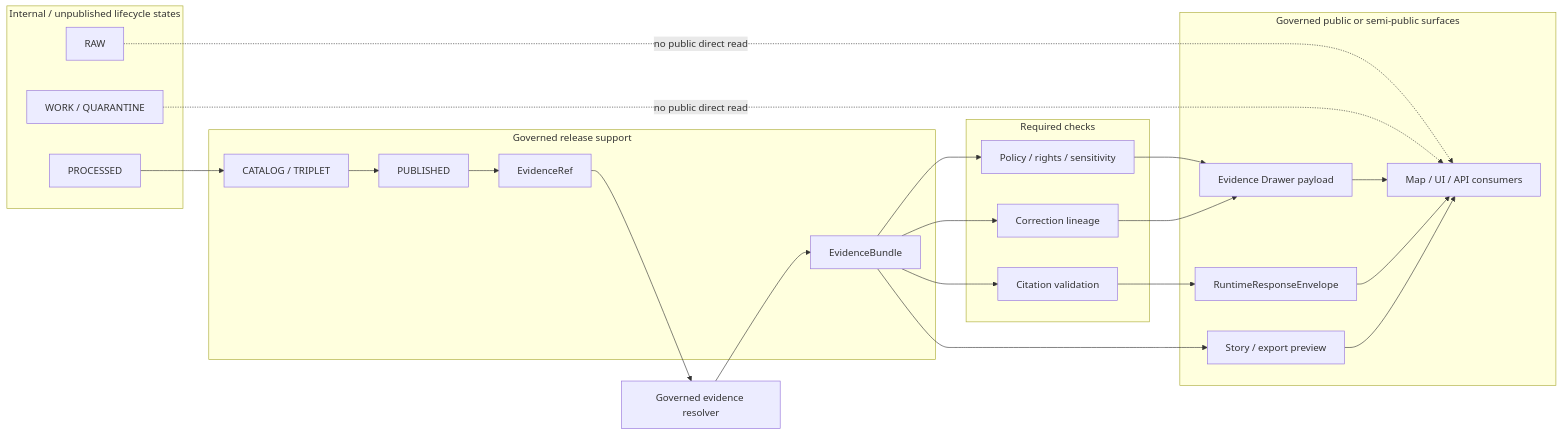
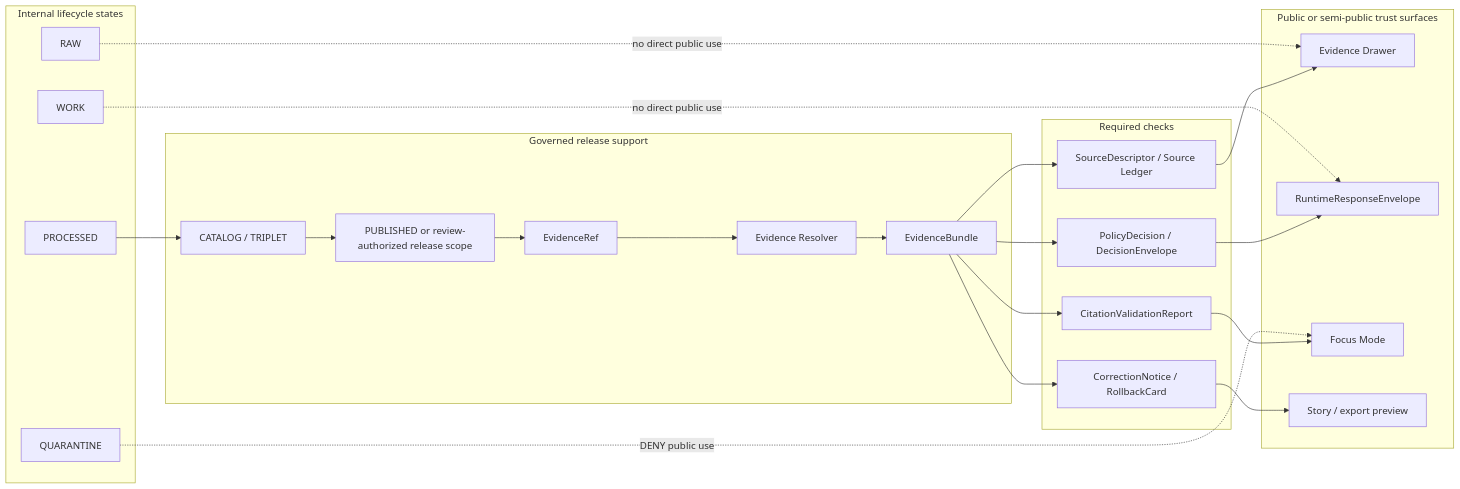
The diagram in docs/adr/ADR-0204-evidencebundle-contract.md (bartytime4life/Kansas-Frontier-Matrix), drawn with Mermaid before and after one commit. The commit also changed other lines of this file, not shown here.

````diff
--- a/docs/adr/ADR-0204-evidencebundle-contract.md
+++ b/docs/adr/ADR-0204-evidencebundle-contract.md
@@ -301,43 +365,46 @@
 ```mermaid
 flowchart LR
-  subgraph Internal["Internal / unpublished lifecycle states"]
+  subgraph Internal["Internal lifecycle states"]
     RAW["RAW"]
-    WORK["WORK / QUARANTINE"]
+    WORK["WORK"]
+    QUAR["QUARANTINE"]
     PROC["PROCESSED"]
   end
 
-  subgraph Published["Governed release support"]
+  subgraph Governed["Governed release support"]
     CAT["CATALOG / TRIPLET"]
-    PUB["PUBLISHED"]
-    ER["EvidenceRef"]
-    EB["EvidenceBundle"]
+    PUB["PUBLISHED or review-authorized release scope"]
+    REF["EvidenceRef"]
+    RES["Evidence Resolver"]
+    BUNDLE["EvidenceBundle"]
   end
 
   subgraph Checks["Required checks"]
-    POL["Policy / rights / sensitivity"]
-    CITE["Citation validation"]
-    CORR["Correction lineage"]
+    SRC["SourceDescriptor / Source Ledger"]
+    POL["PolicyDecision / DecisionEnvelope"]
+    CITE["CitationValidationReport"]
+    CORR["CorrectionNotice / RollbackCard"]
   end
 
-  subgraph Surfaces["Governed public or semi-public surfaces"]
-    ED["Evidence Drawer payload"]
-    RR["RuntimeResponseEnvelope"]
-    EX["Story / export preview"]
-    UI["Map / UI / API consumers"]
+  subgraph Surfaces["Public or semi-public trust surfaces"]
+    DRAWER["Evidence Drawer"]
+    RUNTIME["RuntimeResponseEnvelope"]
+    FOCUS["Focus Mode"]
+    EXPORT["Story / export preview"]
   end
 
-  RAW -. "no public direct read" .-> UI
-  WORK -. "no public direct read" .-> UI
-  PROC --> CAT --> PUB --> ER
-  ER --> RES["Governed evidence resolver"]
-  RES --> EB
-  EB --> POL
-  EB --> CITE
-  EB --> CORR
-  POL --> ED
-  CITE --> RR
-  CORR --> ED
-  ED --> UI
-  RR --> UI
-  EB --> EX --> UI
+  RAW -. "no direct public use" .-> DRAWER
+  WORK -. "no direct public use" .-> RUNTIME
+  QUAR -. "DENY public use" .-> FOCUS
+
+  PROC --> CAT --> PUB --> REF --> RES --> BUNDLE
+  BUNDLE --> SRC
+  BUNDLE --> POL
+  BUNDLE --> CITE
+  BUNDLE --> CORR
+
+  SRC --> DRAWER
+  POL --> RUNTIME
+  CITE --> FOCUS
+  CORR --> EXPORT
 ```
````
